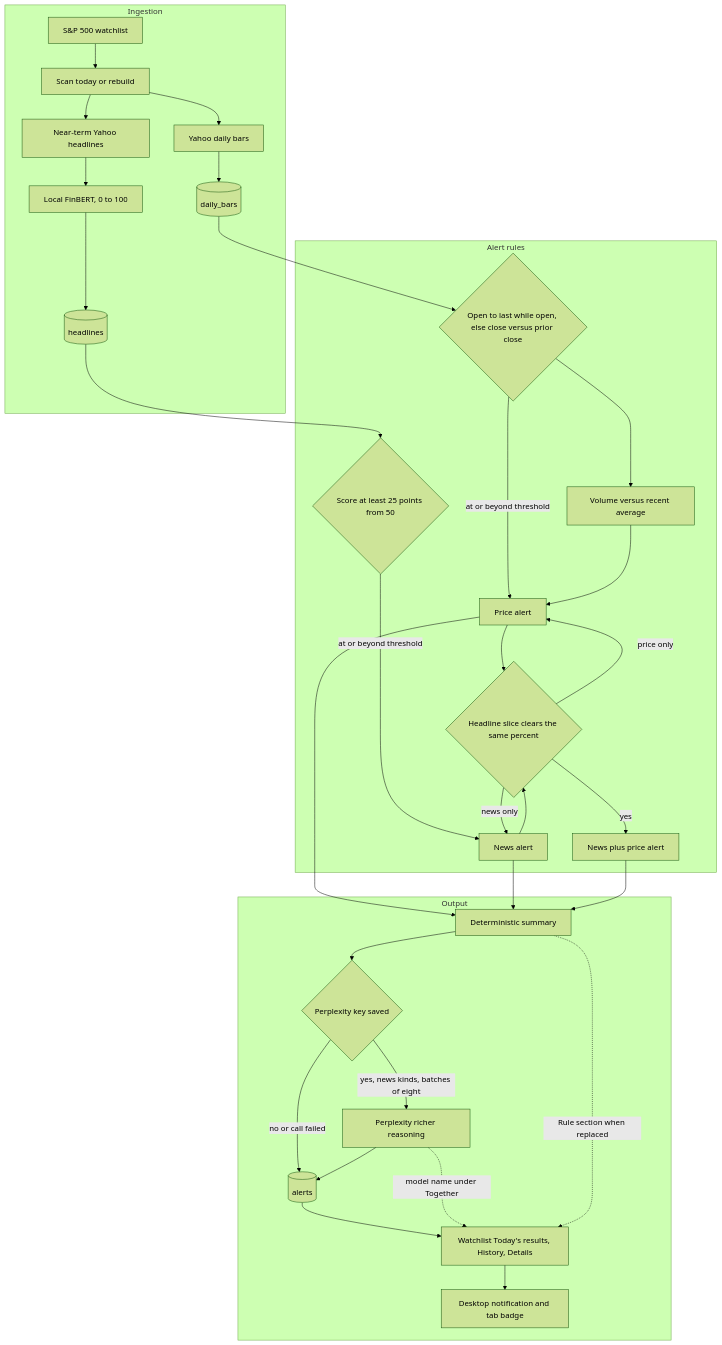
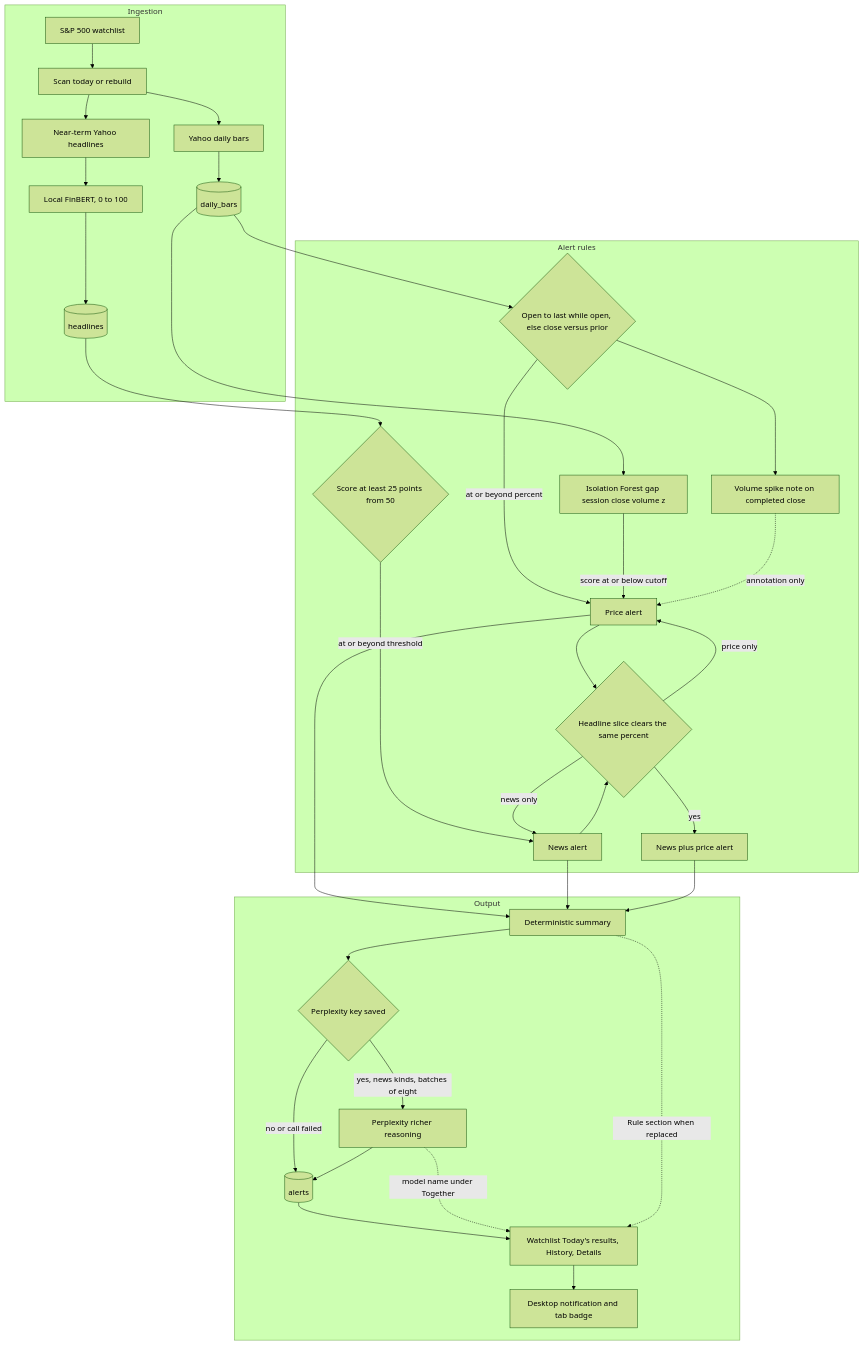
Before and after one commit to sameerde4/ticker-alert-system: the second of 10 diagrams in docs/architecture.md, drawn with Mermaid (forest theme). The commit also changed other lines of this file and 9 other files, not shown here.

First line of the commit message:
Document forest parity, lake refresh, and forest-aware wording across diagrams.

````diff
--- a/docs/architecture.md
+++ b/docs/architecture.md
@@ -145,39 +153,41 @@
 ```mermaid
 flowchart TB
     subgraph ingest [Ingestion]
         WL[S&P 500 watchlist] --> RUN[Scan today or rebuild]
         RUN --> PX[Yahoo daily bars]
         RUN --> NW[Near-term Yahoo headlines]
         PX --> BARS[(daily_bars)]
         NW --> SCORE[Local FinBERT, 0 to 100]
         SCORE --> NEWS[(headlines)]
     end
 
     subgraph rules [Alert rules]
-        BARS --> PRICE{Open to last while open, else close versus prior close}
-        PRICE -->|at or beyond threshold| PA[Price alert]
-        PRICE --> VOL[Volume versus recent average]
-        VOL --> PA
+        BARS --> PCT{Open to last while open, else close versus prior}
+        BARS --> IF[Isolation Forest gap session close volume z]
+        PCT -->|at or beyond percent| PA[Price alert]
+        IF -->|score at or below cutoff| PA
+        PCT --> VOL[Volume spike note on completed close]
+        VOL -.->|annotation only| PA
         NEWS --> NA{Score at least 25 points from 50}
         NA -->|at or beyond threshold| NEWSALERT[News alert]
         PA --> ONE{Headline slice clears the same percent}
         NEWSALERT --> ONE
         ONE -->|yes| FA[News plus price alert]
         ONE -->|price only| PA
         ONE -->|news only| NEWSALERT
     end
 
     subgraph out [Output]
         PA --> RULE[Deterministic summary]
         NEWSALERT --> RULE
         FA --> RULE
         RULE --> KEY{Perplexity key saved}
         KEY -->|no or call failed| ALERTS[(alerts)]
         KEY -->|yes, news kinds, batches of eight| PPLX[Perplexity richer reasoning]
         PPLX --> ALERTS
         ALERTS --> UI[Watchlist Today's results, History, Details]
         UI --> NOTE[Desktop notification and tab badge]
         PPLX -.->|model name under Together| UI
         RULE -.->|Rule section when replaced| UI
     end
 ```
````
